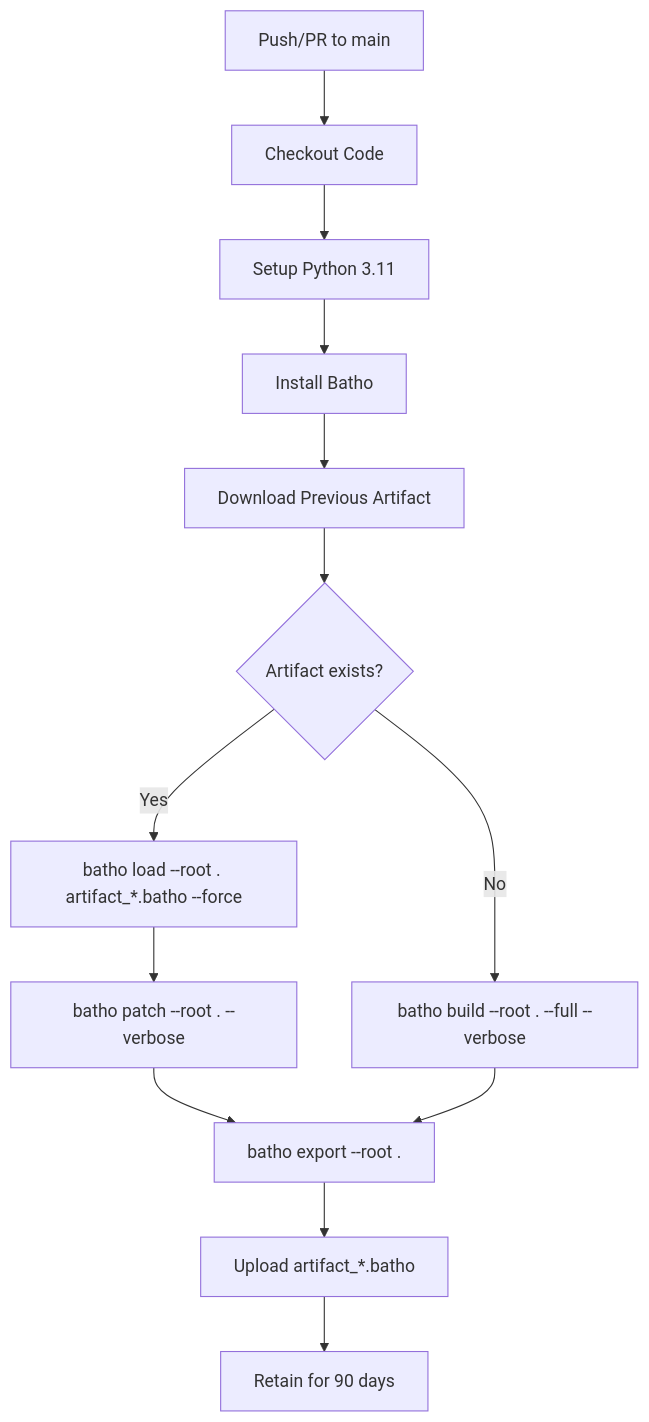
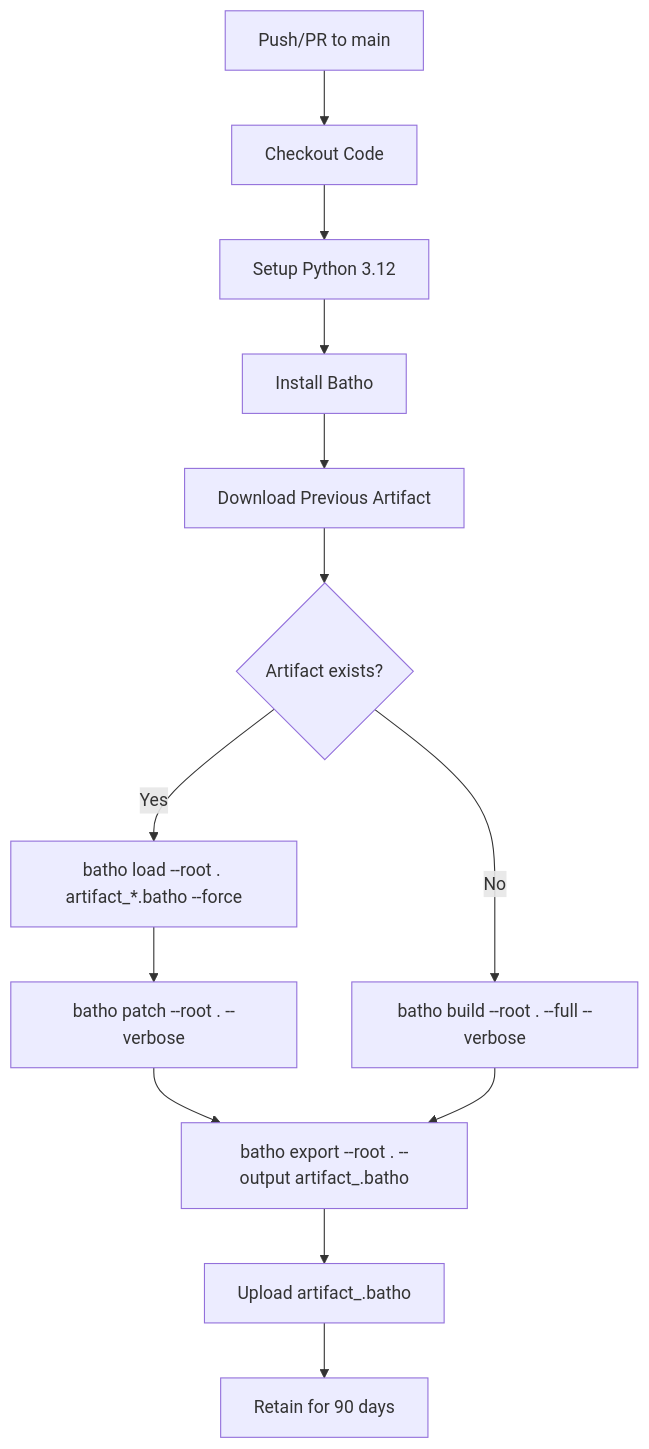
Before and after one commit to sageoz/Batho: the first of 2 diagrams in cicd/cicd.md, drawn with Mermaid. The commit also changed other lines of this file, not shown here.

First line of the commit message:
docs: update CI/CD documentation to reflect GitHub Actions v7 upgrades and artifact naming conventions

````diff
--- a/cicd/cicd.md
+++ b/cicd/cicd.md
@@ -69,15 +69,15 @@
 ```mermaid
 flowchart TD
     A["Push/PR to main"] --> B["Checkout Code"]
-    B --> C["Setup Python 3.11"]
+    B --> C["Setup Python 3.12"]
     C --> D["Install Batho"]
     D --> E["Download Previous Artifact"]
     E --> F{Artifact exists?}
     F -- "Yes" --> G["batho load --root . artifact_*.batho --force"]
     G --> H["batho patch --root . --verbose"]
-    H --> I["batho export --root ."]
+    H --> I["batho export --root . --output artifact_<repo>.batho"]
     F -- "No" --> J["batho build --root . --full --verbose"]
     J --> I
-    I --> K["Upload artifact_*.batho"]
+    I --> K["Upload artifact_<repo>.batho"]
     K --> L["Retain for 90 days"]
 ```
````
